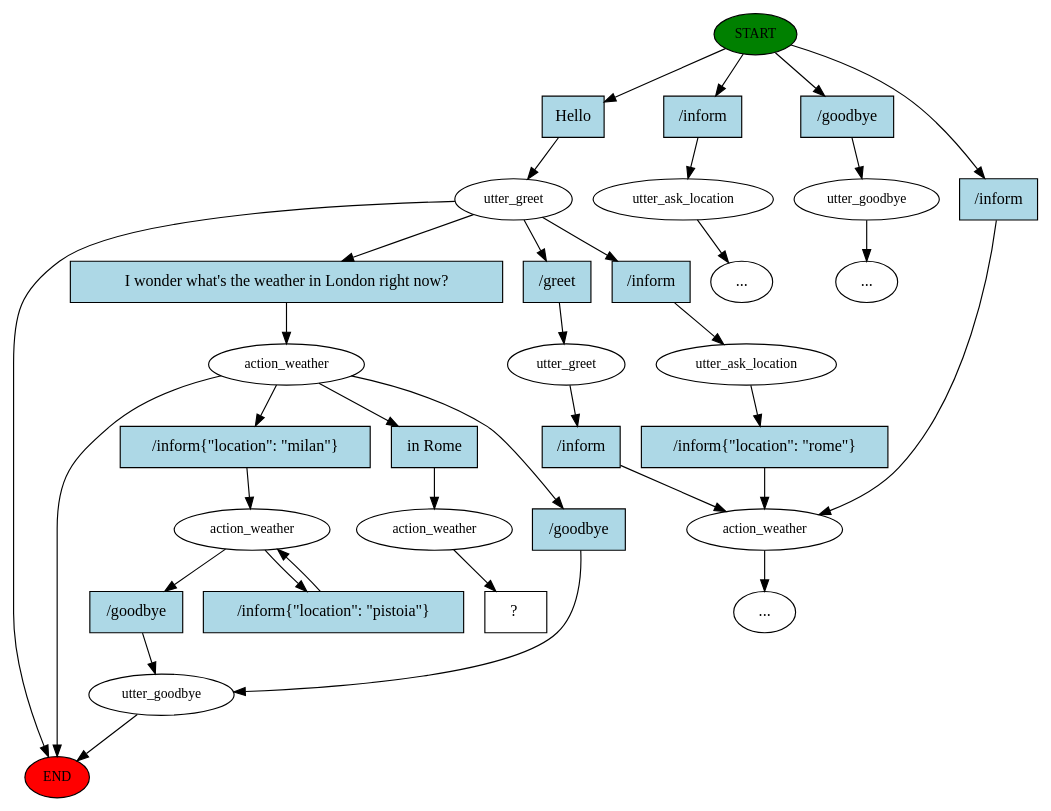
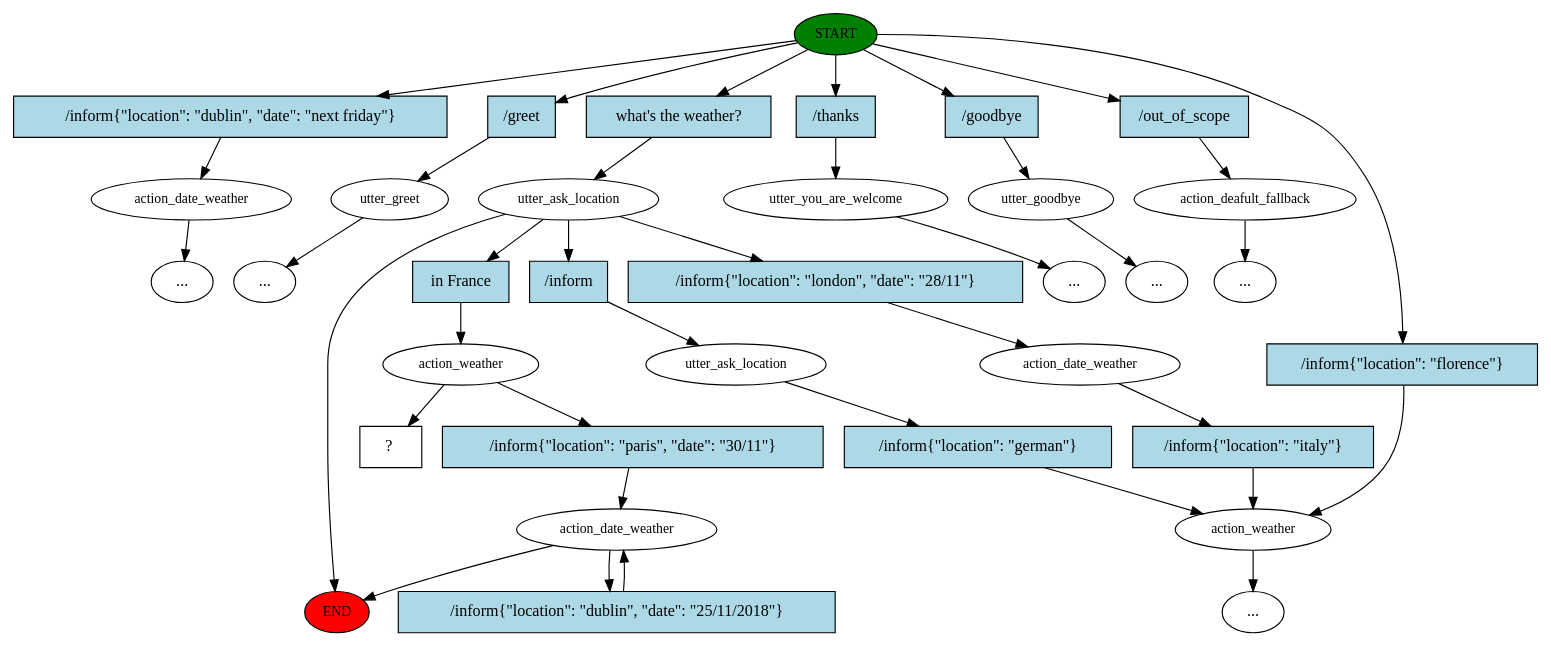
Before and after one commit to TheRisa/simpleWeatherbot: the diagram in story_graph.dot, drawn with Graphviz. The commit also changed 23 other files, not shown here.

```diff
--- a/story_graph.dot
+++ b/story_graph.dot
@@ -1,67 +1,73 @@
 digraph  {
 0 [label=START, fillcolor=green, style=filled, fontsize=12, class="start active"];
 "-1" [label=END, fillcolor=red, style=filled, fontsize=12, class=end];
-1 [label=utter_greet, fontsize=12, class=active];
-2 [label=action_weather, fontsize=12, class=active];
-4 [label=utter_greet, fontsize=12, class=""];
-5 [label=action_weather, fontsize=12, class=""];
-7 [label=utter_ask_location, fontsize=12, class=""];
-10 [label=action_weather, fontsize=12, class=""];
-12 [label=utter_goodbye, fontsize=12, class=""];
-13 [label=utter_goodbye, fontsize=12, class=""];
+1 [label=action_date_weather, fontsize=12, class=""];
+2 [label=utter_greet, fontsize=12, class=""];
+3 [label=utter_ask_location, fontsize=12, class=active];
+4 [label=action_weather, fontsize=12, class=active];
+5 [label=action_date_weather, fontsize=12, class=""];
+6 [label=utter_you_are_welcome, fontsize=12, class=""];
 "-5" [label="...", class=ellipsis];
+7 [label=utter_goodbye, fontsize=12, class=""];
 "-6" [label="...", class=ellipsis];
-19 [label=utter_ask_location, fontsize=12, class=""];
+13 [label=action_deafult_fallback, fontsize=12, class=""];
 "-8" [label="...", class=ellipsis];
-27 [label=action_weather, fontsize=12, class=active];
-28 [label="  ?  ", shape=rect, class="intent dashed active"];
-29 [label=Hello, shape=rect, style=filled, fillcolor=lightblue, class="intent active"];
-30 [label="/inform", shape=rect, style=filled, fillcolor=lightblue, class=intent];
-31 [label="/goodbye", shape=rect, style=filled, fillcolor=lightblue, class=intent];
-32 [label="/inform", shape=rect, style=filled, fillcolor=lightblue, class=intent];
-33 [label="I wonder what's the weather in London right now?", shape=rect, style=filled, fillcolor=lightblue, class="intent active"];
-34 [label="/greet", shape=rect, style=filled, fillcolor=lightblue, class=intent];
-35 [label="/inform", shape=rect, style=filled, fillcolor=lightblue, class=intent];
-36 [label="/inform{\"location\": \"milan\"}", shape=rect, style=filled, fillcolor=lightblue, class=intent];
-37 [label="in Rome", shape=rect, style=filled, fillcolor=lightblue, class="intent active"];
-38 [label="/goodbye", shape=rect, style=filled, fillcolor=lightblue, class=intent];
-39 [label="/inform", shape=rect, style=filled, fillcolor=lightblue, class=intent];
-40 [label="/goodbye", shape=rect, style=filled, fillcolor=lightblue, class=intent];
-41 [label="/inform{\"location\": \"pistoia\"}", shape=rect, style=filled, fillcolor=lightblue, class=intent];
-42 [label="/inform{\"location\": \"rome\"}", shape=rect, style=filled, fillcolor=lightblue, class=intent];
-0 -> 29  [key=0, class=active];
-0 -> 30  [key=0, class=""];
+15 [label=utter_ask_location, fontsize=12, class=""];
+16 [label=action_weather, fontsize=12, class=""];
+"-10" [label="...", class=ellipsis];
+"-13" [label="...", class=ellipsis];
+23 [label=action_date_weather, fontsize=12, class=""];
+"-14" [label="...", class=ellipsis];
+27 [label="  ?  ", shape=rect, class="intent dashed active"];
+28 [label="/inform{\"location\": \"dublin\", \"date\": \"next friday\"}", shape=rect, style=filled, fillcolor=lightblue, class=intent];
+29 [label="/greet", shape=rect, style=filled, fillcolor=lightblue, class=intent];
+30 [label="what's the weather?", shape=rect, style=filled, fillcolor=lightblue, class="intent active"];
+31 [label="/thanks", shape=rect, style=filled, fillcolor=lightblue, class=intent];
+32 [label="/goodbye", shape=rect, style=filled, fillcolor=lightblue, class=intent];
+33 [label="/out_of_scope", shape=rect, style=filled, fillcolor=lightblue, class=intent];
+34 [label="/inform{\"location\": \"florence\"}", shape=rect, style=filled, fillcolor=lightblue, class=intent];
+35 [label="in France", shape=rect, style=filled, fillcolor=lightblue, class="intent active"];
+36 [label="/inform", shape=rect, style=filled, fillcolor=lightblue, class=intent];
+37 [label="/inform{\"location\": \"london\", \"date\": \"28/11\"}", shape=rect, style=filled, fillcolor=lightblue, class=intent];
+38 [label="/inform{\"location\": \"paris\", \"date\": \"30/11\"}", shape=rect, style=filled, fillcolor=lightblue, class=intent];
+39 [label="/inform{\"location\": \"dublin\", \"date\": \"25/11/2018\"}", shape=rect, style=filled, fillcolor=lightblue, class=intent];
+40 [label="/inform{\"location\": \"german\"}", shape=rect, style=filled, fillcolor=lightblue, class=intent];
+41 [label="/inform{\"location\": \"italy\"}", shape=rect, style=filled, fillcolor=lightblue, class=intent];
+0 -> 28  [key=0, class=""];
+0 -> 29  [key=0, class=""];
+0 -> 30  [key=0, class=active];
 0 -> 31  [key=0, class=""];
 0 -> 32  [key=0, class=""];
-1 -> "-1"  [key=NONE, label="", class=""];
-1 -> 33  [key=0, class=active];
-1 -> 34  [key=0, class=""];
-1 -> 35  [key=0, class=""];
-2 -> "-1"  [key=NONE, label="", class=""];
-2 -> 36  [key=0, class=""];
-2 -> 37  [key=0, class=active];
-2 -> 38  [key=0, class=""];
-4 -> 39  [key=0, class=""];
-5 -> "-8"  [key=NONE, label="", class=""];
+0 -> 33  [key=0, class=""];
+0 -> 34  [key=0, class=""];
+1 -> "-10"  [key=NONE, label="", class=""];
+2 -> "-13"  [key=NONE, label="", class=""];
+3 -> "-1"  [key=NONE, label="", class=""];
+3 -> 35  [key=0, class=active];
+3 -> 36  [key=0, class=""];
+3 -> 37  [key=0, class=""];
+4 -> 27  [key=NONE, label="", class=active];
+4 -> 38  [key=0, class=""];
+5 -> "-1"  [key=NONE, label="", class=""];
+5 -> 39  [key=0, class=""];
+6 -> "-5"  [key=NONE, label="", class=""];
 7 -> "-6"  [key=NONE, label="", class=""];
-10 -> 40  [key=0, class=""];
-10 -> 41  [key=0, class=""];
-12 -> "-1"  [key=NONE, label="", class=""];
-13 -> "-5"  [key=NONE, label="", class=""];
-19 -> 42  [key=0, class=""];
-27 -> 28  [key=NONE, label="", class=active];
-29 -> 1  [key=0, class=active];
-30 -> 7  [key=0, class=""];
-31 -> 13  [key=0, class=""];
-32 -> 5  [key=0, class=""];
-33 -> 2  [key=0, class=active];
-34 -> 4  [key=0, class=""];
-35 -> 19  [key=0, class=""];
-36 -> 10  [key=0, class=""];
-37 -> 27  [key=0, class=active];
-38 -> 12  [key=0, class=""];
+13 -> "-8"  [key=NONE, label="", class=""];
+15 -> 40  [key=0, class=""];
+16 -> "-14"  [key=NONE, label="", class=""];
+23 -> 41  [key=0, class=""];
+28 -> 1  [key=0, class=""];
+29 -> 2  [key=0, class=""];
+30 -> 3  [key=0, class=active];
+31 -> 6  [key=0, class=""];
+32 -> 7  [key=0, class=""];
+33 -> 13  [key=0, class=""];
+34 -> 16  [key=0, class=""];
+35 -> 4  [key=0, class=active];
+36 -> 15  [key=0, class=""];
+37 -> 23  [key=0, class=""];
+38 -> 5  [key=0, class=""];
 39 -> 5  [key=0, class=""];
-40 -> 12  [key=0, class=""];
-41 -> 10  [key=0, class=""];
-42 -> 5  [key=0, class=""];
+40 -> 16  [key=0, class=""];
+41 -> 16  [key=0, class=""];
 }
```
